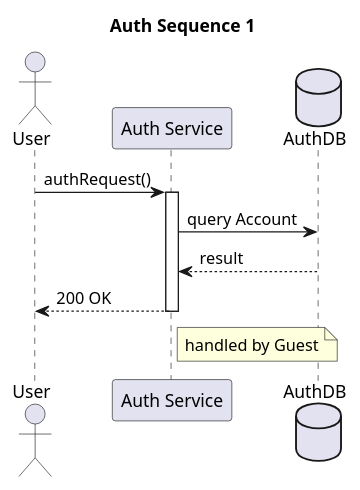
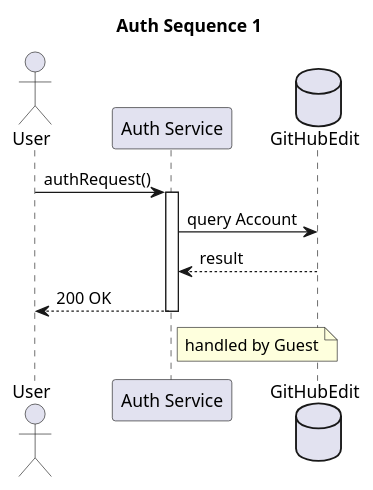
Before and after one commit to TTihomir/PlantUML-diagrams: the diagram in 001_sequence_auth.md, drawn with PlantUML.

Commit message:
Rename database from AuthDB to GitHubEdit

````diff
--- a/001_sequence_auth.md
+++ b/001_sequence_auth.md
@@ -3,15 +3,15 @@
 ```plantuml
 @startuml
 title Auth Sequence 1
 actor User as A
 participant "Auth Service" as S
-database "AuthDB" as DB
+database "GitHubEdit" as DB
 A -> S : authRequest()
 activate S
 S -> DB : query Account
 DB --> S : result
 S --> A : 200 OK
 deactivate S
 note right of S : handled by Guest
 @enduml
 ```
````
